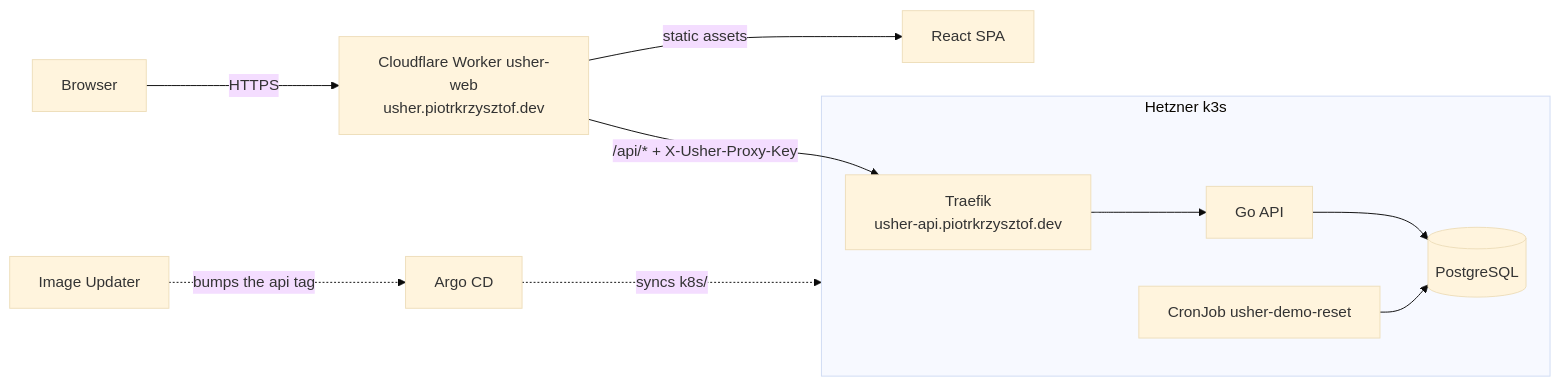
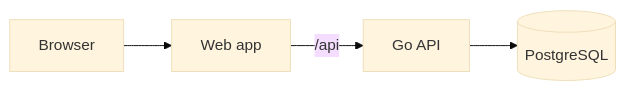
The diagram in website/architecture.md (straightchlorine/usher), drawn with Mermaid (base theme) before and after one commit. The commit also changed other lines of this file and 5 other files, not shown here.

````diff
--- a/website/architecture.md
+++ b/website/architecture.md
@@ -8,13 +8,6 @@
 ```mermaid
 graph LR
-    B[Browser] -->|HTTPS| W["Cloudflare Worker usher-web<br/>usher.piotrkrzysztof.dev"]
-    W -->|static assets| SPA[React SPA]
-    W -->|"/api/* + X-Usher-Proxy-Key"| T[Traefik<br/>usher-api.piotrkrzysztof.dev]
-    subgraph k3s["Hetzner k3s"]
-        T --> API[Go API]
-        API --> PG[(PostgreSQL)]
-        CJ[CronJob usher-demo-reset] --> PG
-    end
-    A[Argo CD] -.->|syncs k8s/| k3s
-    IU[Image Updater] -.->|bumps the api tag| A
+    B[Browser] --> W[Web app]
+    W -->|/api| A[Go API]
+    A --> P[(PostgreSQL)]
 ```
````
